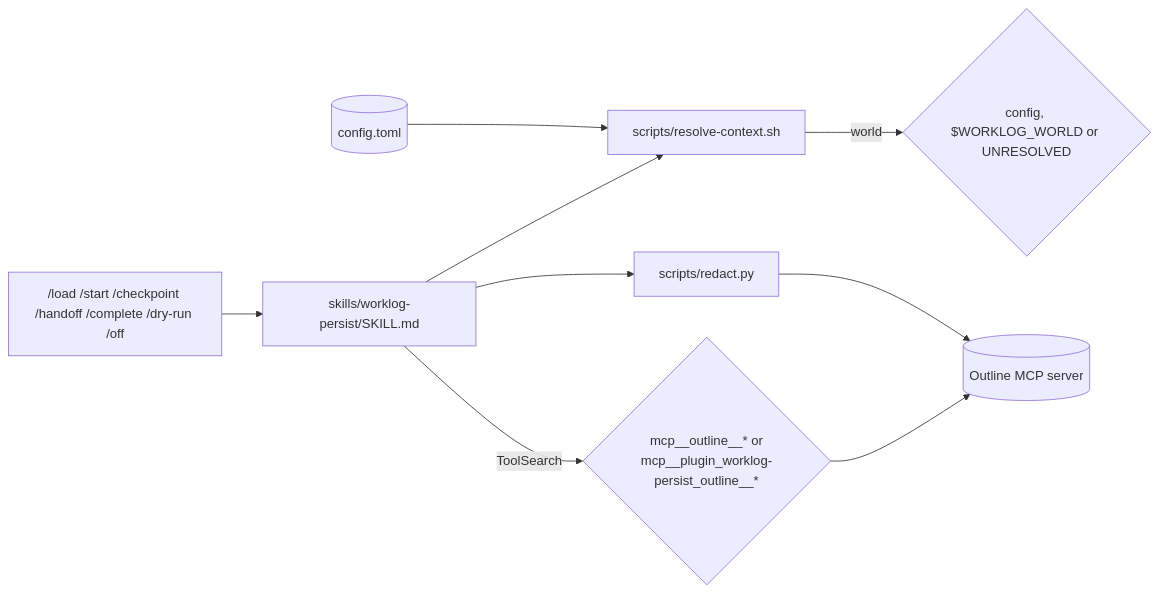
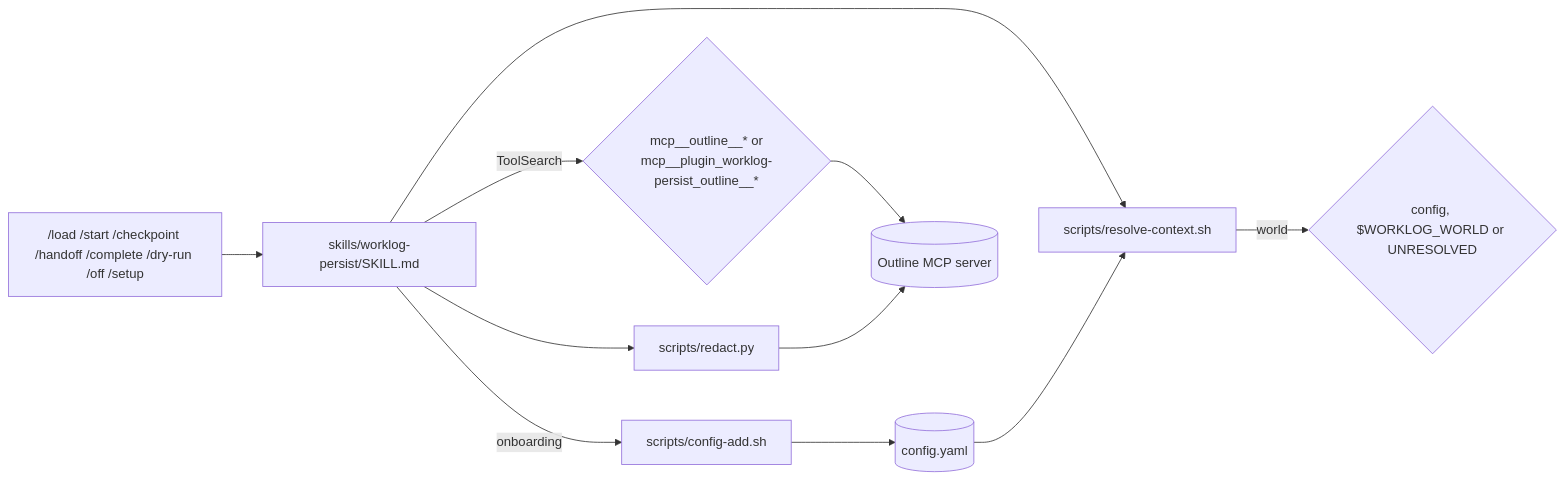
Before and after one commit to kolezka/outline-persist: the diagram in docs/persistence-protocol/README.md, drawn with Mermaid. The commit also changed other lines of this file and 39 other files, not shown here.

First line of the commit message:
feat: onboard unresolved repos via /setup and YAML config

````diff
--- a/docs/persistence-protocol/README.md
+++ b/docs/persistence-protocol/README.md
@@ -55,11 +59,13 @@
 ```mermaid
 flowchart LR
-    Cmds["/load /start /checkpoint /handoff /complete /dry-run /off"] --> Skill["skills/worklog-persist/SKILL.md"]
+    Cmds["/load /start /checkpoint /handoff /complete /dry-run /off /setup"] --> Skill["skills/worklog-persist/SKILL.md"]
     Skill --> Resolve["scripts/resolve-context.sh"]
     Skill --> Redact["scripts/redact.py"]
-    Config[("config.toml")] --> Resolve
+    Skill -->|onboarding| Add["scripts/config-add.sh"]
+    Add --> Config[("config.yaml")]
+    Config --> Resolve
     Resolve -->|world| World{"config, $WORKLOG_WORLD or UNRESOLVED"}
     Skill -->|ToolSearch| Prefix{"mcp__outline__* or\nmcp__plugin_worklog-persist_outline__*"}
     Prefix --> Outline[("Outline MCP server")]
     Redact -->|"<REDACTED:kind>"| Outline
 ```
````
